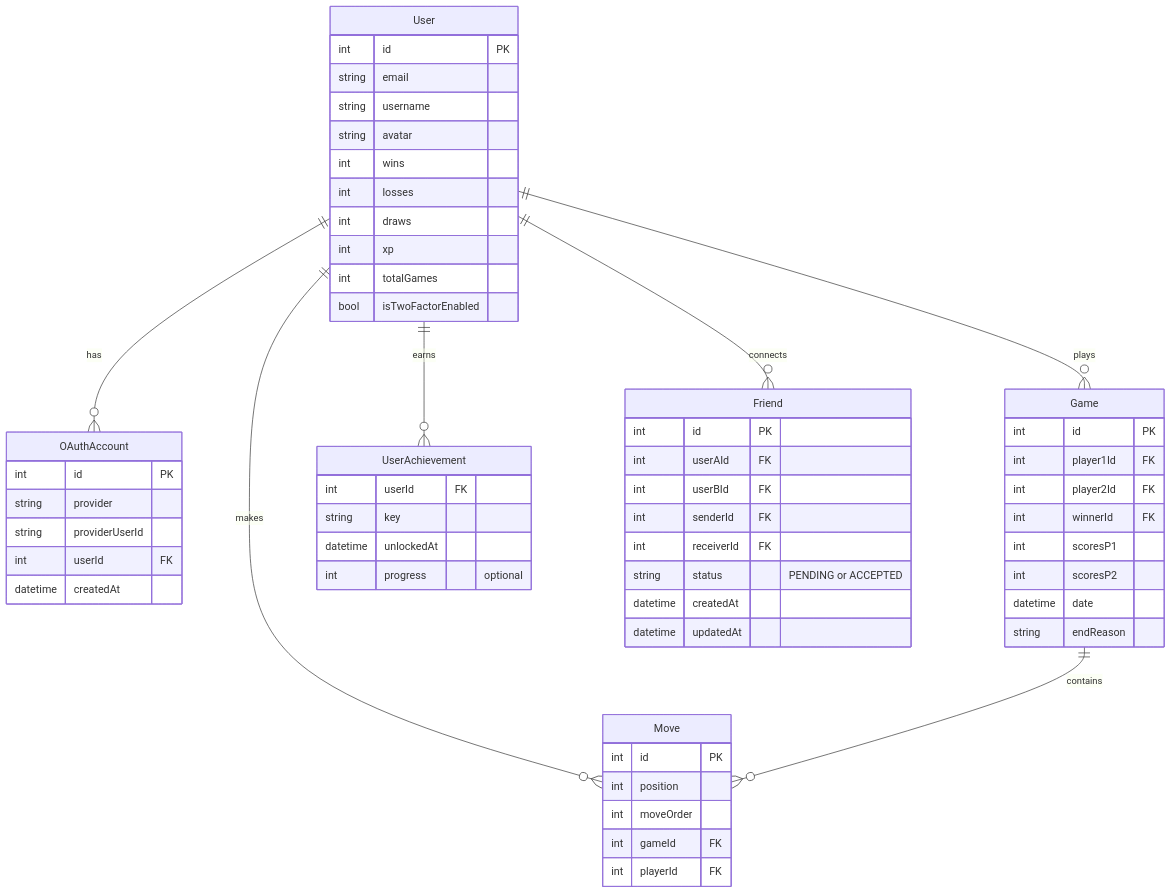
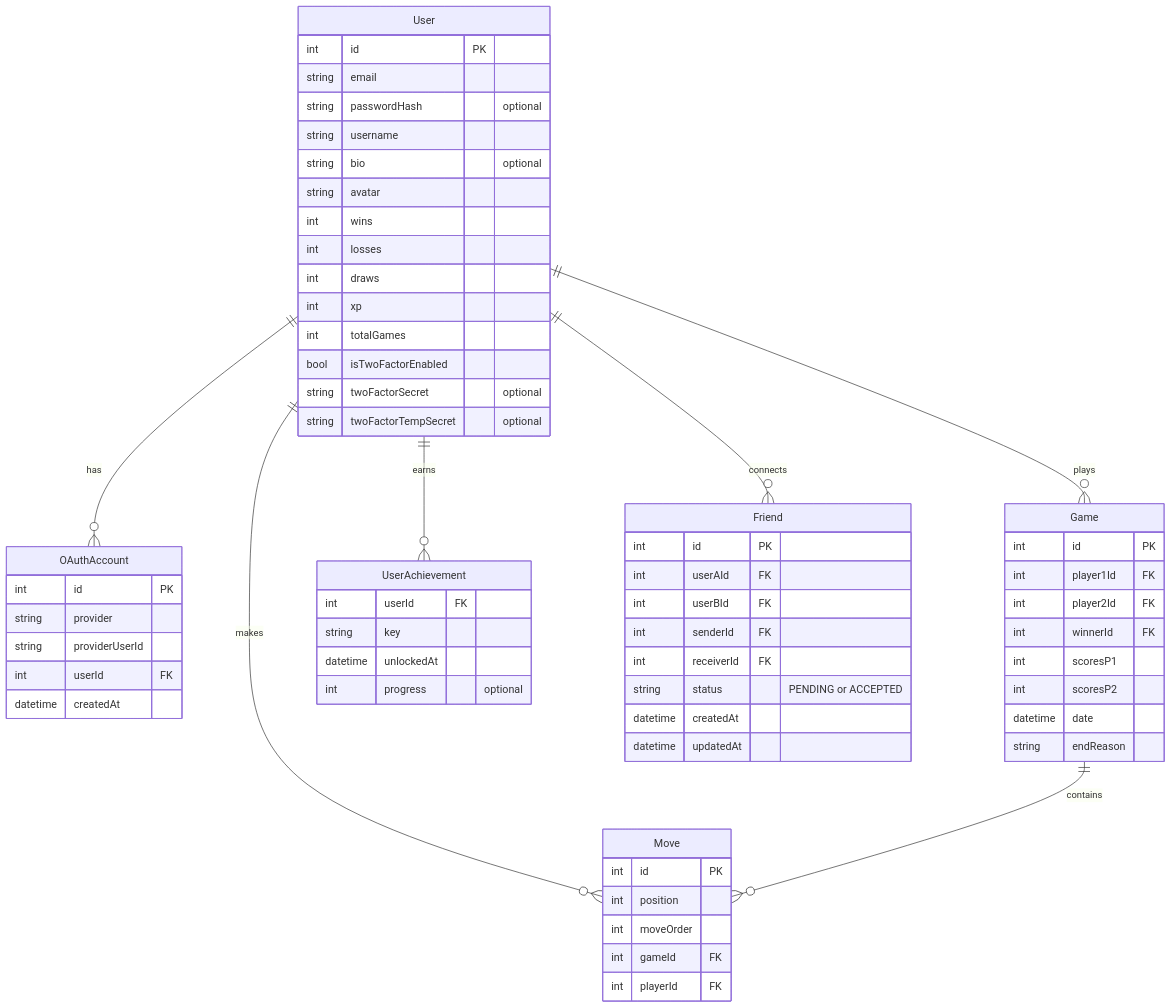
The diagram in README.md (team-Segfault-Society-42/Ft_transcendence), drawn with Mermaid before and after one commit.

Commit message:
documentation(Readme): Added missing fields to db schema for 'User'
User was missing the following fields:
  - passwordHash
  - bio
  - twoFactorSecret
  - twoFactorTempSecret

````diff
--- a/README.md
+++ b/README.md
@@ -232,62 +232,66 @@
 ```mermaid
 erDiagram
     User {
         int id PK
         string email
+        string passwordHash "optional"
         string username
+        string bio "optional"
         string avatar
         int wins
         int losses
         int draws
         int xp
         int totalGames
         bool isTwoFactorEnabled
+        string twoFactorSecret "optional"
+        string twoFactorTempSecret "optional"
     }
     OAuthAccount {
         int id PK
         string provider
         string providerUserId
         int userId FK
         datetime createdAt
     }
     Game {
         int id PK
         int player1Id FK
         int player2Id FK
         int winnerId FK
         int scoresP1
         int scoresP2
         datetime date
         string endReason
     }
     Move {
         int id PK
         int position
         int moveOrder
         int gameId FK
         int playerId FK
     }
     UserAchievement {
         int userId FK
         string key
         datetime unlockedAt
         int progress "optional"
     }
     Friend {
         int id PK
         int userAId FK
         int userBId FK
         int senderId FK
         int receiverId FK
         string status "PENDING or ACCEPTED"
         datetime createdAt
         datetime updatedAt
     }
 
     User ||--o{ OAuthAccount : "has"
     User ||--o{ Game : "plays"
     User ||--o{ Move : "makes"
     User ||--o{ UserAchievement : "earns"
     User ||--o{ Friend : "connects"
     Game ||--o{ Move : "contains"
 ```
````
